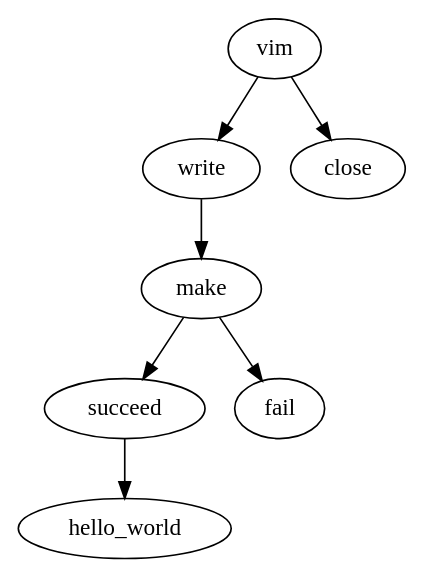
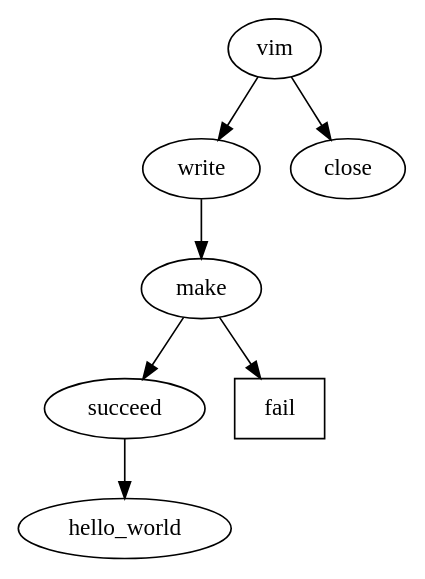
One commit to charlespax/hello changed the diagram in hello_dot/graph.gv. Above: the diagram before and after it, drawn with Graphviz.

Commit message:
Added shape to graphiviz dot hello project.

```diff
--- a/hello_dot/graph.gv
+++ b/hello_dot/graph.gv
@@ -1,5 +1,6 @@
 digraph G {
     vim -> write -> make -> succeed -> hello_world;
     vim -> close;
     make -> fail;
+    fail [shape=polygon,sides=4];
 }
```
